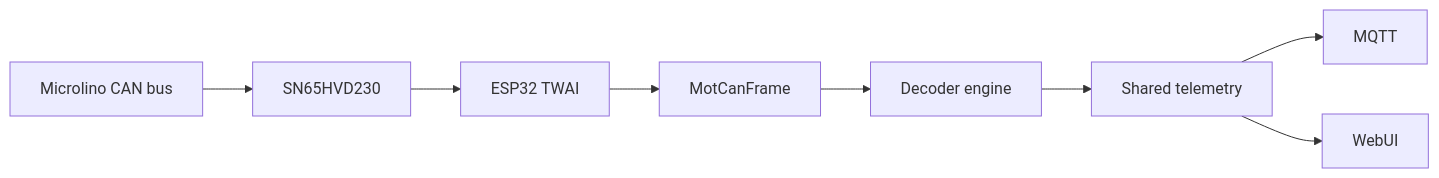
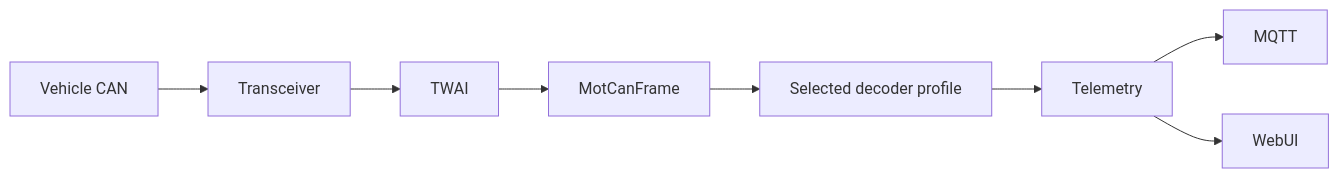
The diagram in docs/firmware/can.md (MM1834/microlino-open-telemetry), drawn with Mermaid before and after one commit. The commit also changed other lines of this file and 20 other files, not shown here.

````diff
--- a/docs/firmware/can.md
+++ b/docs/firmware/can.md
@@ -17,10 +23,7 @@
 ```mermaid
 flowchart LR
-    Bus[Microlino CAN bus] --> Transceiver[SN65HVD230]
-    Transceiver --> TWAI[ESP32 TWAI]
-    TWAI --> Frame[MotCanFrame]
-    Frame --> Engine[Decoder engine]
-    Engine --> Telemetry[Shared telemetry]
+    Bus["Vehicle CAN"] --> Transceiver --> TWAI --> Frame["MotCanFrame"]
+    Frame --> Profile["Selected decoder profile"] --> Telemetry
     Telemetry --> MQTT
     Telemetry --> WebUI
 ```
````
